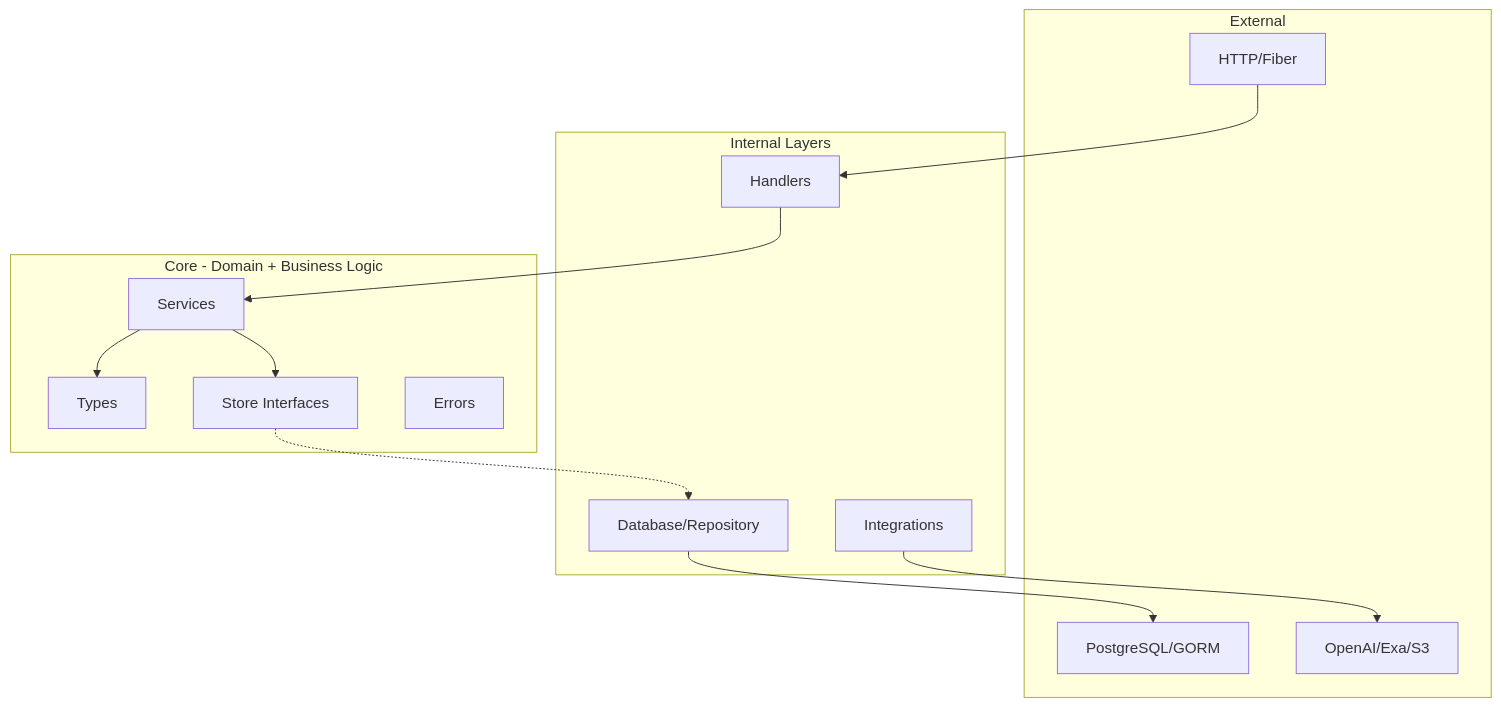
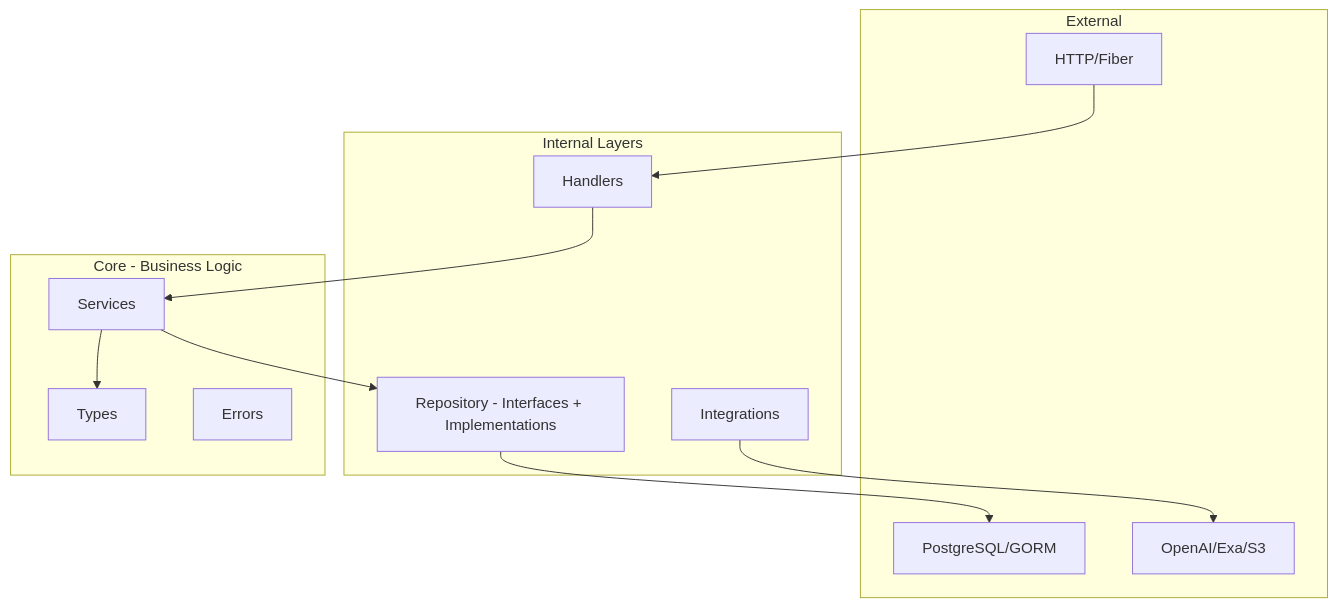
One commit to kevingil/blog changed the first of 2 diagrams in README.md. Above: the diagram before and after it, drawn with Mermaid. The commit also changed other lines of this file, not shown here.

````diff
--- a/README.md
+++ b/README.md
@@ -97,29 +92,27 @@
 ```mermaid
 flowchart TB
     subgraph outer [External]
         HTTP[HTTP/Fiber]
         DB[PostgreSQL/GORM]
         External[OpenAI/Exa/S3]
     end
     
     subgraph layers [Internal Layers]
         Handlers
-        Database[Database/Repository]
+        Repository[Repository - Interfaces + Implementations]
         Integrations
     end
     
-    subgraph core [Core - Domain + Business Logic]
+    subgraph core [Core - Business Logic]
         Types[Types]
-        Interfaces[Store Interfaces]
         Services[Services]
         Errors[Errors]
     end
     
     HTTP --> Handlers
     Handlers --> Services
     Services --> Types
-    Services --> Interfaces
-    Database --> DB
-    Interfaces -.-> Database
+    Services --> Repository
+    Repository --> DB
     Integrations --> External
 ```
````
